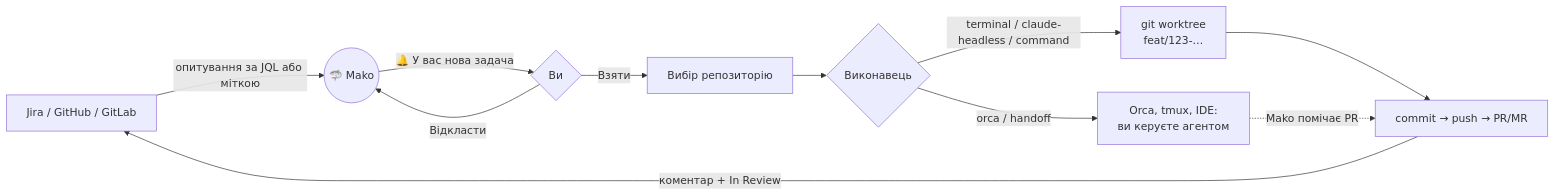
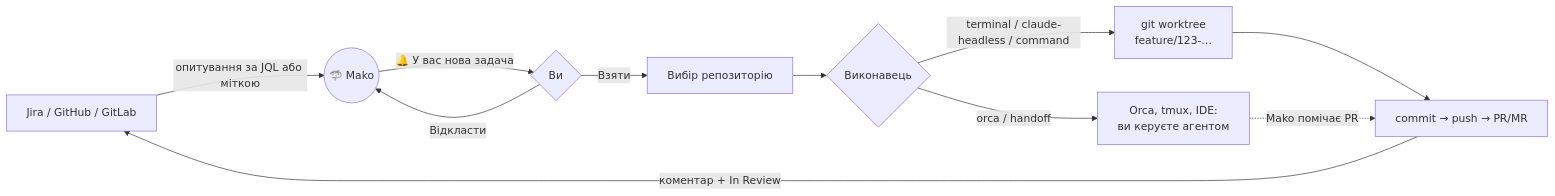
One commit to SergeyPirogov/mako-agent changed the diagram in README.md. Above: the diagram before and after it, drawn with Mermaid. The commit also changed other lines of this file and 6 other files, not shown here.

````diff
--- a/README.md
+++ b/README.md
@@ -75,13 +75,13 @@
 ```mermaid
 flowchart LR
     T[Jira / GitHub / GitLab] -- "опитування за JQL або міткою" --> M((🦈 Mako))
     M -- "🔔 У вас нова задача" --> U{Ви}
     U -- Відкласти --> M
     U -- Взяти --> R[Вибір репозиторію]
     R --> E{Виконавець}
-    E -- "terminal / claude-headless / command" --> W[git worktree<br/>feat/123-…]
+    E -- "terminal / claude-headless / command" --> W[git worktree<br/>feature/123-…]
     W --> P[commit → push → PR/MR]
     E -- "orca / handoff" --> O[Orca, tmux, IDE:<br/>ви керуєте агентом]
     O -. "Mako помічає PR" .-> P
     P -- "коментар + In Review" --> T
 ```
````
